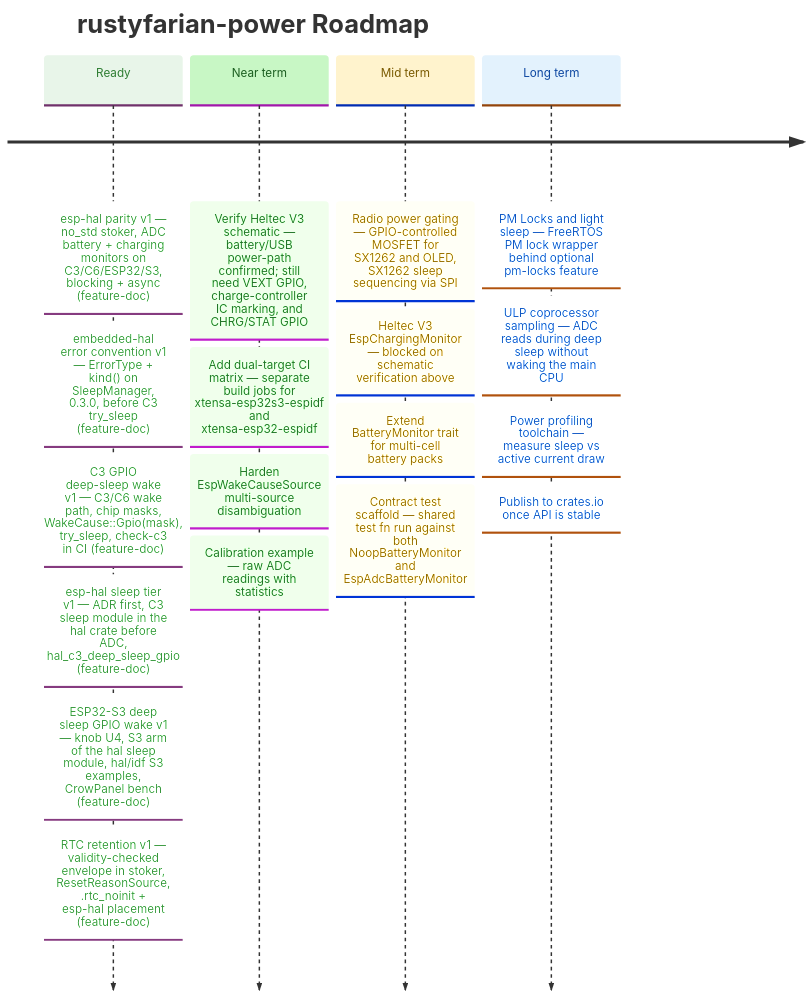
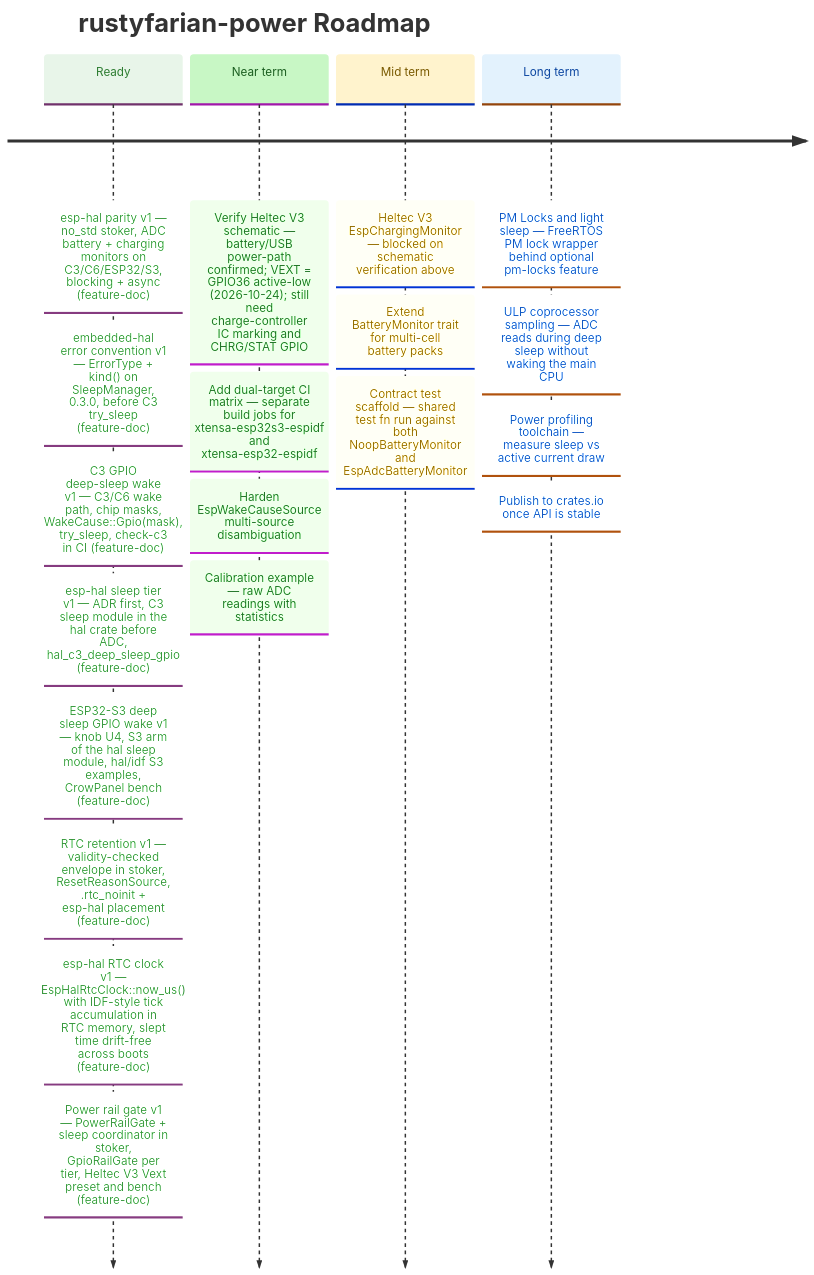
The diagram in docs/ROADMAP.md (datenkollektiv/rustyfarian-power), drawn with Mermaid before and after one commit. The commit also changed 2 other files, not shown here.

Commit message:
Plan the power rail gate

````diff
--- a/docs/ROADMAP.md
+++ b/docs/ROADMAP.md
@@ -12,40 +12,41 @@
 ```mermaid
 %%{init: {
   "theme": "base",
   "themeVariables": {
     "cScale0": "#e8f5e9",
     "cScaleLabel0": "#2e7d32",
     "cScale1": "#c8f7c5",
     "cScaleLabel1": "#1b5e20",
     "cScale2": "#fff3cd",
     "cScaleLabel2": "#7a5a00",
     "cScale3": "#e3f2fd",
     "cScaleLabel3": "#0d47a1"
   }
 }}%%
 
 timeline
     title rustyfarian-power Roadmap
 
     Ready     : esp-hal parity v1 — no_std stoker, ADC battery + charging monitors on C3/C6/ESP32/S3, blocking + async (feature-doc)
               : embedded-hal error convention v1 — ErrorType + kind() on SleepManager, 0.3.0, before C3 try_sleep (feature-doc)
               : C3 GPIO deep-sleep wake v1 — C3/C6 wake path, chip masks, WakeCause::Gpio(mask), try_sleep, check-c3 in CI (feature-doc)
               : esp-hal sleep tier v1 — ADR first, C3 sleep module in the hal crate before ADC, hal_c3_deep_sleep_gpio (feature-doc)
               : ESP32-S3 deep sleep GPIO wake v1 — knob U4, S3 arm of the hal sleep module, hal/idf S3 examples, CrowPanel bench (feature-doc)
               : RTC retention v1 — validity-checked envelope in stoker, ResetReasonSource, .rtc_noinit + esp-hal placement (feature-doc)
+              : esp-hal RTC clock v1 — EspHalRtcClock::now_us() with IDF-style tick accumulation in RTC memory, slept time drift-free across boots (feature-doc)
+              : Power rail gate v1 — PowerRailGate + sleep coordinator in stoker, GpioRailGate per tier, Heltec V3 Vext preset and bench (feature-doc)
 
-    Near term : Verify Heltec V3 schematic — battery/USB power-path confirmed; still need VEXT GPIO, charge-controller IC marking, and CHRG/STAT GPIO
+    Near term : Verify Heltec V3 schematic — battery/USB power-path confirmed; VEXT = GPIO36 active-low (2026-10-24); still need charge-controller IC marking and CHRG/STAT GPIO
               : Add dual-target CI matrix — separate build jobs for xtensa-esp32s3-espidf and xtensa-esp32-espidf
               : Harden EspWakeCauseSource multi-source disambiguation
               : Calibration example — raw ADC readings with statistics
 
-    Mid term  : Radio power gating — GPIO-controlled MOSFET for SX1262 and OLED, SX1262 sleep sequencing via SPI
-              : Heltec V3 EspChargingMonitor — blocked on schematic verification above
+    Mid term  : Heltec V3 EspChargingMonitor — blocked on schematic verification above
               : Extend BatteryMonitor trait for multi-cell battery packs
               : Contract test scaffold — shared test fn run against both NoopBatteryMonitor and EspAdcBatteryMonitor
 
     Long term : PM Locks and light sleep — FreeRTOS PM lock wrapper behind optional pm-locks feature
               : ULP coprocessor sampling — ADC reads during deep sleep without waking the main CPU
               : Power profiling toolchain — measure sleep vs active current draw
               : Publish to crates.io once API is stable
 ```
````
